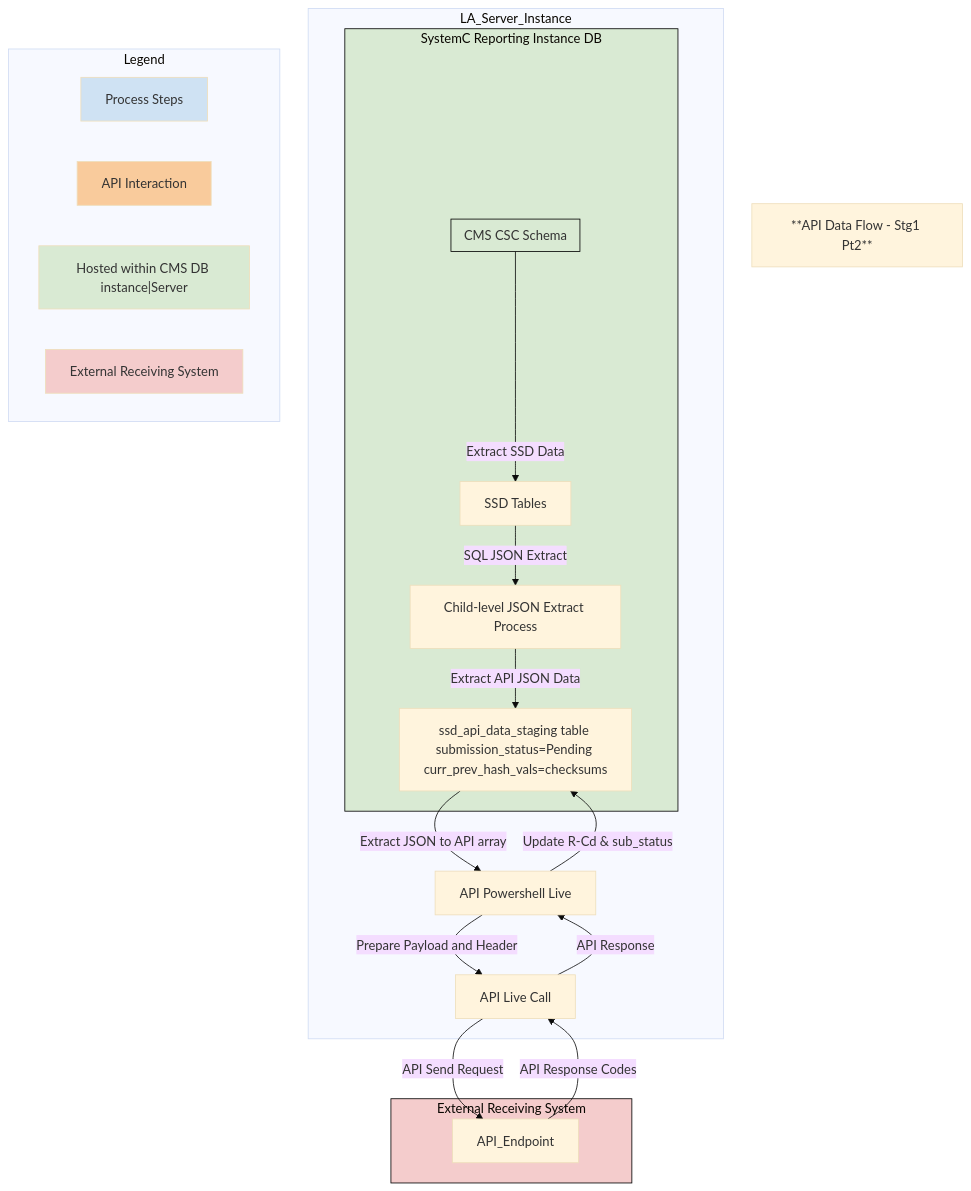
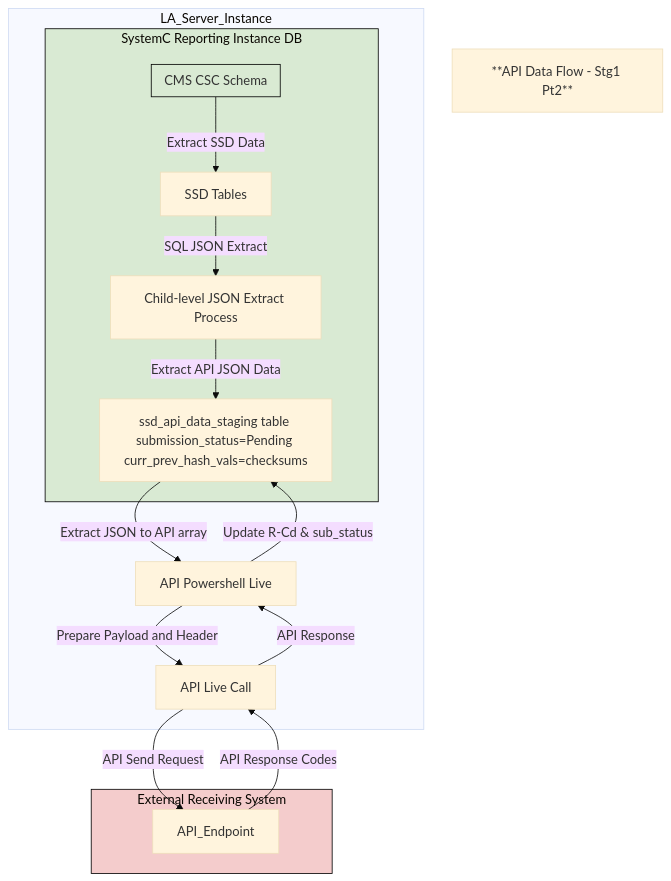
The fourth of 5 diagrams in docs/development_plan.md (data-to-insight/dfe-csc-api-data-flows), drawn with Mermaid (base theme) before and after one commit. The commit also changed other lines of this file and 1 other file, not shown here.

Commit message:
diagram-legend changes

````diff
--- a/docs/development_plan.md
+++ b/docs/development_plan.md
@@ -246,74 +254,62 @@
 ```mermaid
+
 flowchart TD
 
     Title["**API Data Flow - Stg1 Pt2**"]
 
     subgraph LA_Server_Instance
         %% SystemC Reporting Instance DB (Containing all DB-related and API elements)
         subgraph SystemC_DB ["SystemC Reporting Instance DB"]
             style SystemC_DB fill:#d9ead3,stroke:#000,stroke-width:1px;  %% Light Green, same as CMS CSC Schema
 
             subgraph CMS_CSC_Schema ["CMS CSC Schema"]
             end
             style CMS_CSC_Schema fill:#d9ead3,stroke:#000,stroke-width:1px;  %% Light Green
 
             CMS_CSC_Schema -->|Extract SSD Data| SSD_Tables["SSD Tables"]
 
             %% Child-Level JSON Extract Step
             SSD_Tables -->|SQL JSON Extract| Child_JSON_Extract["Child-level JSON Extract Process"]
             Child_JSON_Extract -->|Extract API JSON Data| Bulk_Populate["ssd_api_data_staging table submission_status=Pending curr_prev_hash_vals=checksums"]
 
         end
 
     API_Powershell_Live -->|Prepare Payload and Header| API_External["API Live Call"]
     
 
     end
 
 
     %% External Receiving System (Outside LA Server)
     subgraph External_Receiving_System ["External Receiving System"]
         style External_Receiving_System fill:#f4cccc;  %% Light Red for external systems
         API_External -->|API Send Request| API_Endpoint
         API_Endpoint -->|API Response Codes| API_External
     %% API Processing (Inside LA Server)
     
         Bulk_Populate -->|Extract JSON to API array | API_Powershell_Live["API Powershell Live"]
     end
 
 
     %% Ensure the return flow is fully outside LA_Server_Instance
 
     API_External -->|API Response| API_Powershell_Live
     API_Powershell_Live -->|Update R-Cd & sub_status| Bulk_Populate
 
 
-
     %% Apply Colors Using Class Definitions
     classDef processNode fill:#cfe2f3;  %% Light Blue for processes
     classDef apiNode fill:#f9cb9c;  %% Light Orange for API interaction
     classDef hostedNode fill:#d9ead3;  %% Light Green for Hosted DB elements
     classDef Testing fill:#ffe599,stroke:#000,stroke-width:1px;  %% Light Yellow for Python Processing
     classDef externalNode fill:#f4cccc,stroke:#000,stroke-width:1px;  %% Light Red for External Receiving System
 
     %% Assign Classes
     class SystemC_DB hostedNode;
     class CMS_CSC_Schema hostedNode;
     class SSD_Tables,Child_JSON_Extract,Bulk_Populate processNode;
     class API_Powershell,API_External,API_Endpoint apiNode;
     class External_Receiving_System externalNode;
     class Python_Anon pythonEnv;
 
-    %% Legend
-    subgraph Legend ["Legend"]
-        process_key["Process Steps"]
-        style process_key fill:#cfe2f3;
-        api_key["API Interaction"]
-        style api_key fill:#f9cb9c;
-        hosted_key["Hosted within CMS DB instance|Server"]
-        style hosted_key fill:#d9ead3;
-        external_key["External Receiving System"]
-        style external_key fill:#f4cccc;
-    end
-
 ```
````
